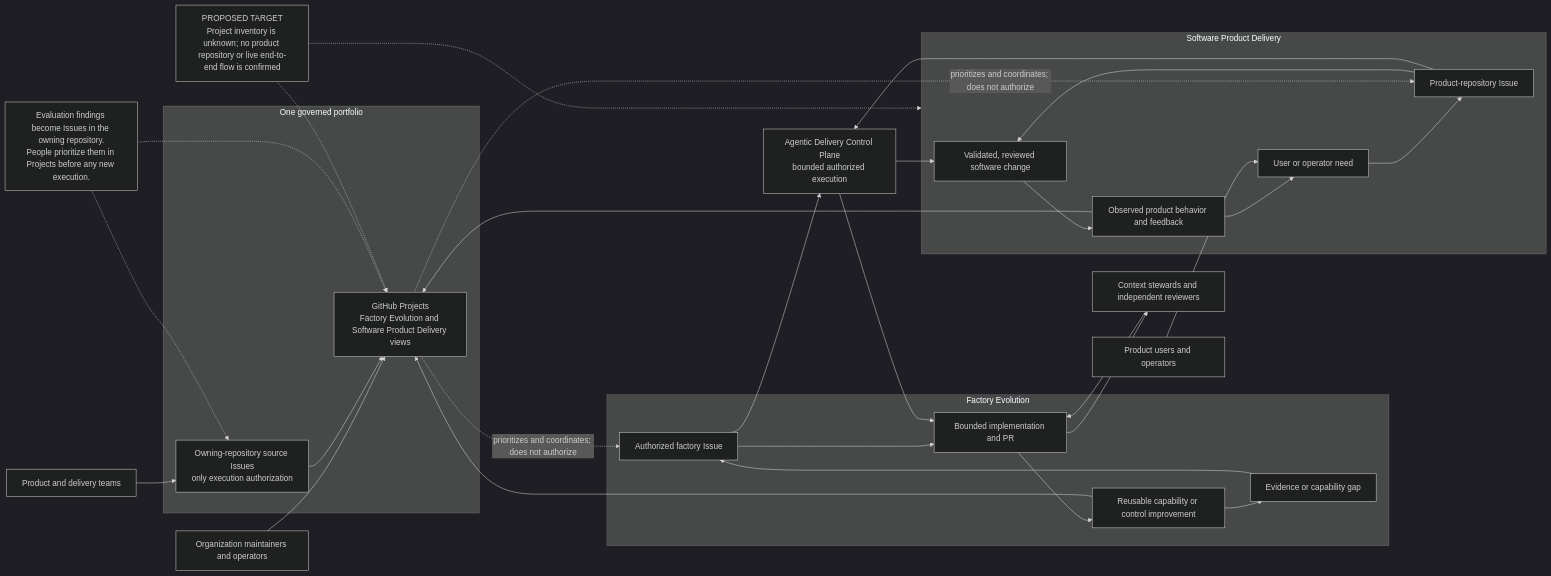
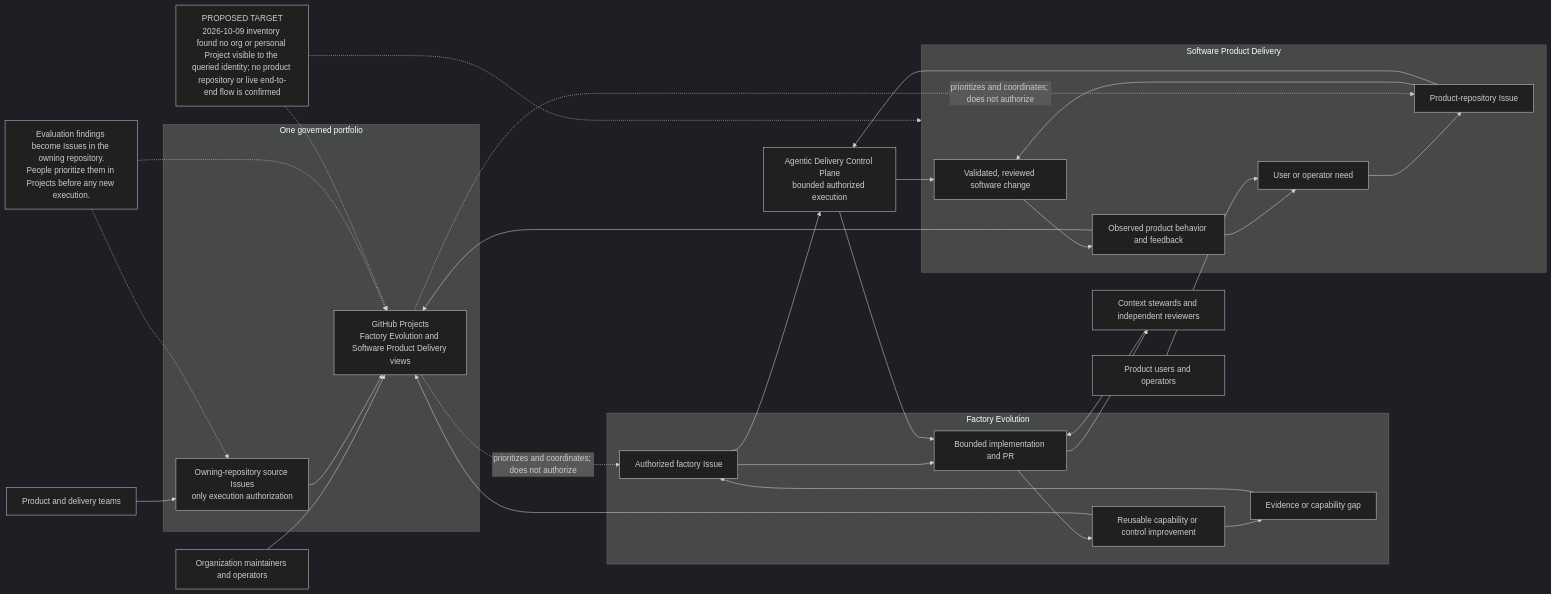
Before and after one commit to agentic-delivery-lab/agentic-delivery-architecture: the diagram in architecture/diagrams/mermaid/strategy-value-streams.mmd, drawn with Mermaid (dark theme). The commit also changed 15 other files, not shown here.

```diff
--- a/architecture/diagrams/mermaid/strategy-value-streams.mmd
+++ b/architecture/diagrams/mermaid/strategy-value-streams.mmd
@@ -1,49 +1,49 @@
 flowchart LR
-  STATUS["PROPOSED TARGET<br/>Project inventory is unknown; no product repository or live end-to-end flow is confirmed"]
+  STATUS["PROPOSED TARGET<br/>2026-10-09 inventory found no org or personal Project visible to the queried identity; no product repository or live end-to-end flow is confirmed"]
   MAINTAINERS["Organization maintainers and operators"]
   TEAMS["Product and delivery teams"]
   USERS["Product users and operators"]
   REVIEWERS["Context stewards and independent reviewers"]
   CONTROL["Agentic Delivery Control Plane<br/>bounded authorized execution"]
 
   subgraph PORTFOLIO["One governed portfolio"]
     PROJECT["GitHub Projects<br/>Factory Evolution and Software Product Delivery views"]
     ISSUE["Owning-repository source Issues<br/>only execution authorization"]
   end
 
   subgraph FACTORY["Factory Evolution"]
     F1["Evidence or capability gap"]
     F2["Authorized factory Issue"]
     F3["Bounded implementation and PR"]
     F4["Reusable capability or control improvement"]
     F1 --> F2 --> F3 --> F4
   end
 
   subgraph PRODUCT["Software Product Delivery"]
     P1["User or operator need"]
     P2["Product-repository Issue"]
     P3["Validated, reviewed software change"]
     P4["Observed product behavior and feedback"]
     P1 --> P2 --> P3 --> P4
   end
 
   MAINTAINERS --> PROJECT
   TEAMS --> ISSUE
   REVIEWERS --> F3
   ISSUE --> PROJECT
   PROJECT -. "prioritizes and coordinates; does not authorize" .-> F2
   PROJECT -. "prioritizes and coordinates; does not authorize" .-> P2
   F2 --> CONTROL --> F3
   P2 --> CONTROL --> P3
   F4 --> F1
   P4 --> P1
   F4 --> PROJECT
   P4 --> PROJECT
   USERS --> P1
   F3 --> REVIEWERS
 
   NOTE["Evaluation findings become Issues in the owning repository.<br/>People prioritize them in Projects before any new execution."]
   NOTE -.-> PROJECT
   NOTE -.-> ISSUE
   STATUS -.-> PROJECT
   STATUS -.-> PRODUCT
```
